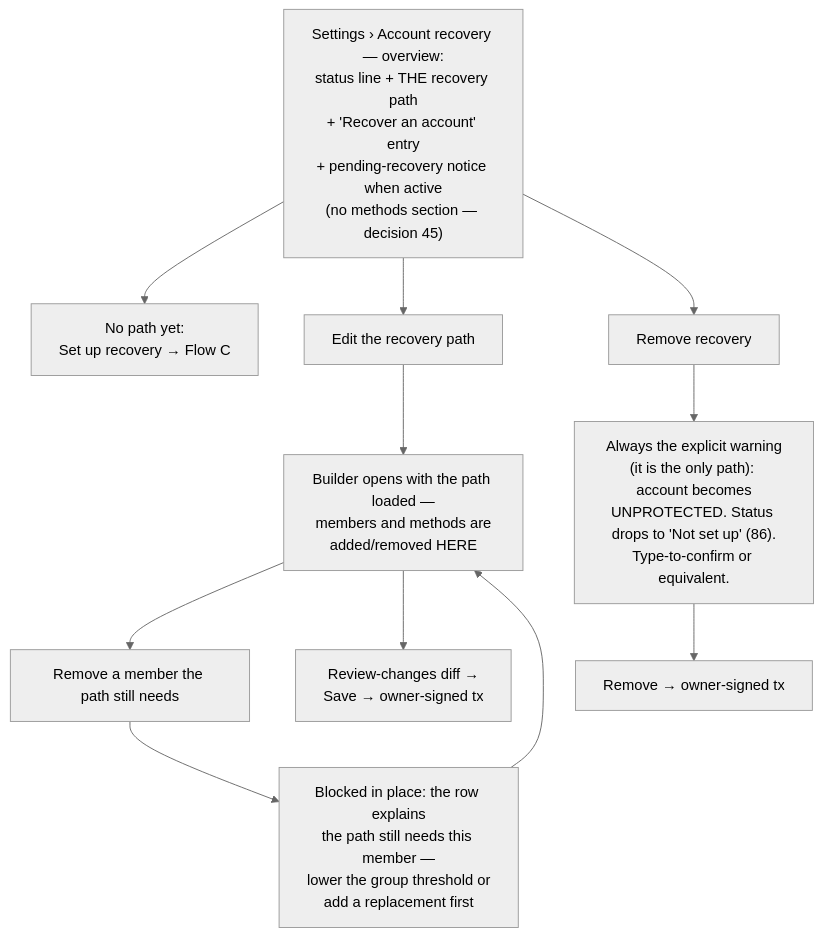
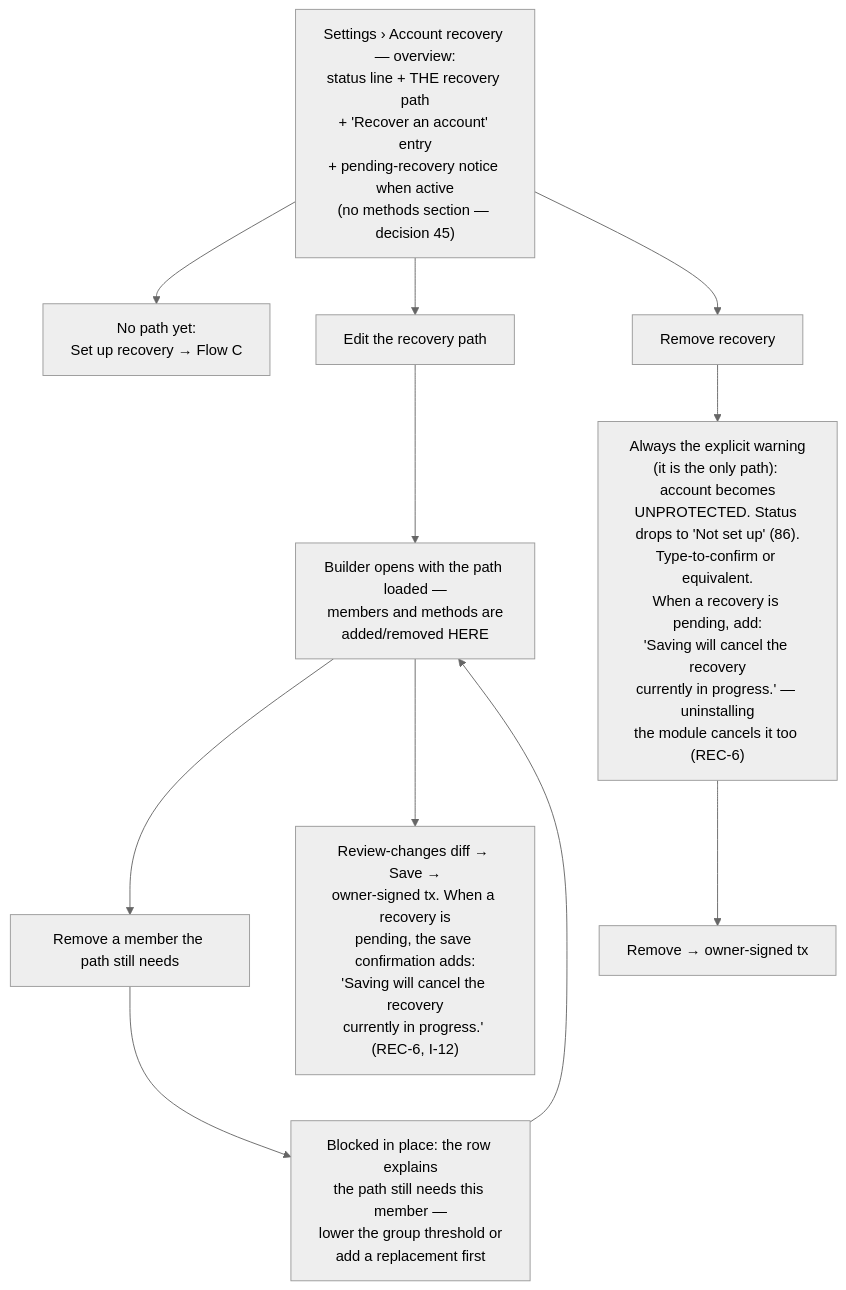
One commit to FiboAtWonder/kohaku-extension changed diagram 14 of 14 in social-recovery-ux-flows.md. Above: the diagram before and after it, drawn with Mermaid (neutral theme). The commit also changed other lines of this file and 5 other files, not shown here.

````diff
--- a/social-recovery-ux-flows.md
+++ b/social-recovery-ux-flows.md
@@ -388,18 +443,18 @@
 ```mermaid
 flowchart TD
     A["Settings › Account recovery — overview:<br/>status line + THE recovery path<br/>+ 'Recover an account' entry<br/>+ pending-recovery notice when active<br/>(no methods section — decision 45)"] --> B["No path yet:<br/>Set up recovery → Flow C"]
     A --> C[Edit the recovery path]
     A --> D[Remove recovery]
 
     C --> C1["Builder opens with the path loaded —<br/>members and methods are<br/>added/removed HERE"]
     C1 --> E["Remove a member the path still needs"]
-    C1 --> C2["Review-changes diff →<br/>Save → owner-signed tx"]
+    C1 --> C2["Review-changes diff → Save →<br/>owner-signed tx. When a recovery is<br/>pending, the save confirmation adds:<br/>'Saving will cancel the recovery<br/>currently in progress.' (REC-6, I-12)"]
 
-    D --> D2["Always the explicit warning<br/>(it is the only path): account becomes<br/>UNPROTECTED. Status drops to 'Not set up' (86).<br/>Type-to-confirm or equivalent."]
+    D --> D2["Always the explicit warning<br/>(it is the only path): account becomes<br/>UNPROTECTED. Status drops to 'Not set up' (86).<br/>Type-to-confirm or equivalent.<br/>When a recovery is pending, add:<br/>'Saving will cancel the recovery<br/>currently in progress.' — uninstalling<br/>the module cancels it too (REC-6)"]
     D2 --> D4[Remove → owner-signed tx]
 
     E --> E2["Blocked in place: the row explains<br/>the path still needs this member —<br/>lower the group threshold or<br/>add a replacement first"]
     E2 --> C1
 
     click B href "#flow-c--recovery-setup"
 ```
````
